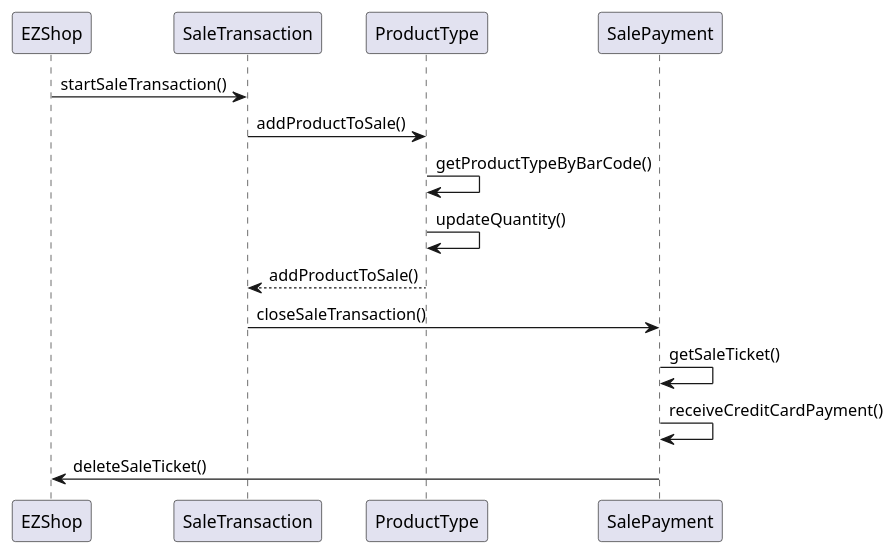
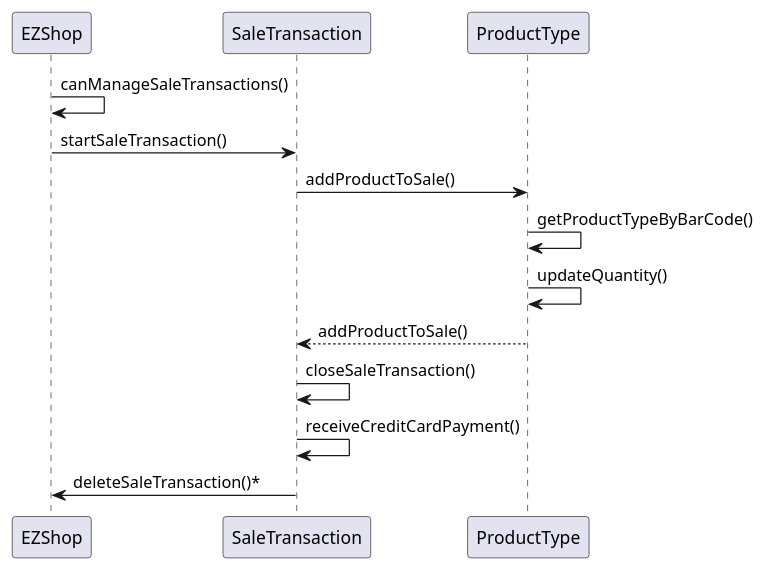
The fourth of 4 diagrams in Deliverables/DesignDocument.md (gioele-scaletta/EZShop-Software-Engineering-Project), drawn with PlantUML before and after one commit. The commit also changed other lines of this file and 1 other file, not shown here.

````diff
--- a/Deliverables/DesignDocument.md
+++ b/Deliverables/DesignDocument.md
@@ -324,16 +323,17 @@
 ```plantuml
 participant EZShop as 1
 participant SaleTransaction as 2
 participant ProductType as 3
-participant SalePayment as 5
+''participant SalePayment as 5
 
+1->1 : canManageSaleTransactions()
 1->2 : startSaleTransaction()
 2->3 : addProductToSale()
 3->3 : getProductTypeByBarCode()
 3->3 : updateQuantity()
 3-->2 : addProductToSale()
-2->5 : closeSaleTransaction()
-5->5 : getSaleTicket()
-5->5 : receiveCreditCardPayment()
-5->1 : deleteSaleTicket()
+2->2 : closeSaleTransaction()
+''4->4 : getSaleTransaction()
+2->2 : receiveCreditCardPayment()
+2->1 : deleteSaleTransaction()*
 ```
````
